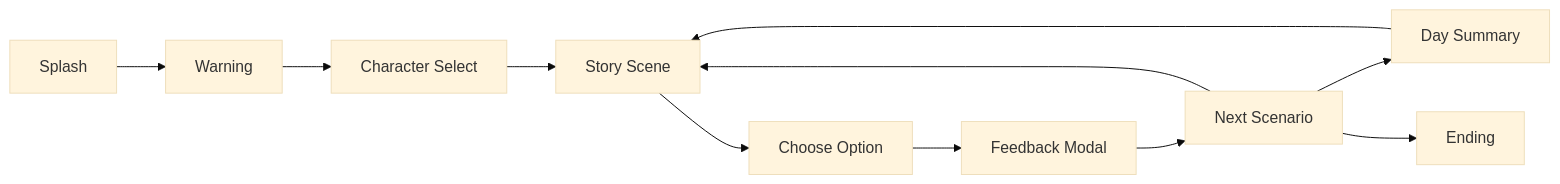
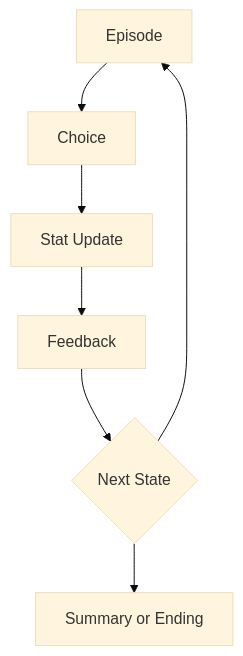
Before and after one commit to kbyunghak/ReadTheRoom: the first of 2 diagrams in README.md, drawn with Mermaid (base theme). The commit also changed other lines of this file, not shown here.

````diff
--- a/README.md
+++ b/README.md
@@ -59,13 +48,9 @@
 ```mermaid
-flowchart LR
-    Splash[Splash] --> Warning[Warning]
-    Warning --> Select[Character Select]
-    Select --> Game[Story Scene]
-    Game --> Choice[Choose Option]
-    Choice --> Feedback[Feedback Modal]
-    Feedback --> Next[Next Scenario]
-    Next --> Game
-    Next --> Summary[Day Summary]
-    Summary --> Game
-    Next --> Ending[Ending]
+flowchart TD
+    Episode["Episode"] --> Choice["Choice"]
+    Choice --> Stats["Stat Update"]
+    Stats --> Feedback["Feedback"]
+    Feedback --> Next{"Next State"}
+    Next --> Episode
+    Next --> Ending["Summary or Ending"]
 ```
````
